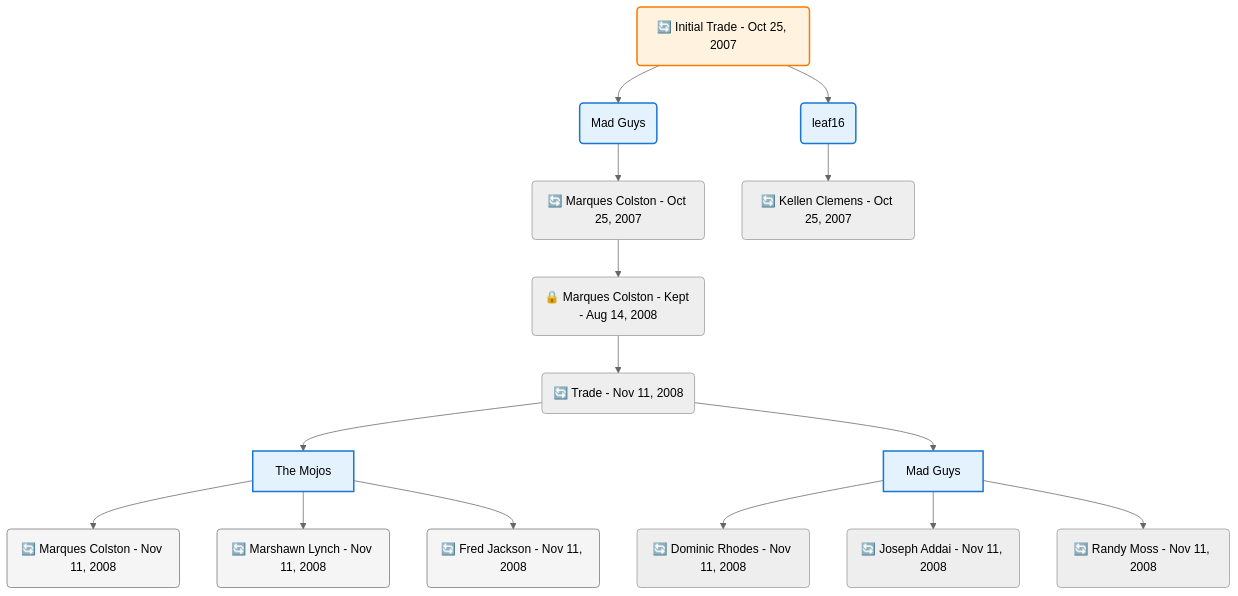
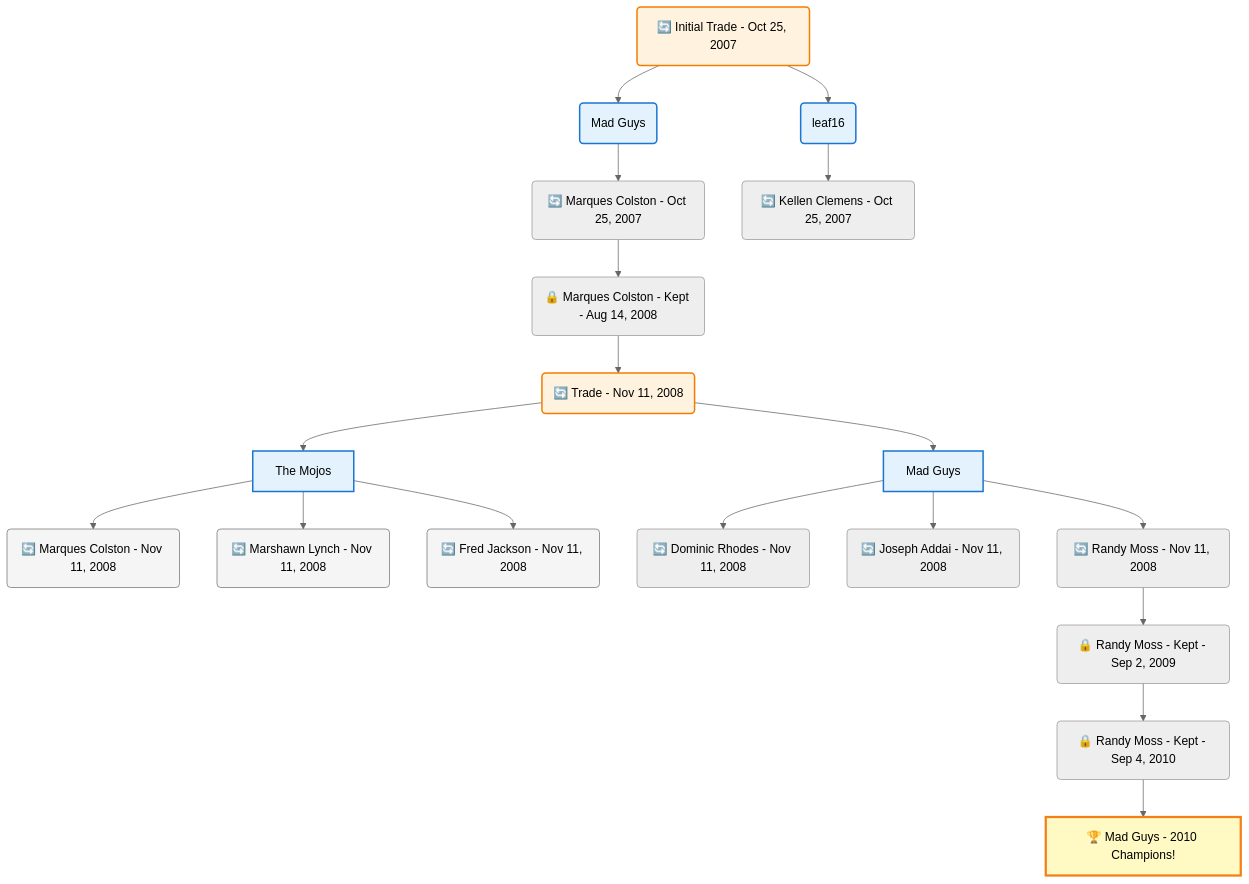
Before and after one commit to bsnooks/FantasyArchive: the diagram in frontend/public/data/trade-trees/mermaid/769bf53f-2361-4906-9d9f-7e46b776a863.mmd, drawn with Mermaid (neutral theme). The commit also changed 181 other files, not shown here.

```diff
--- a/frontend/public/data/trade-trees/mermaid/769bf53f-2361-4906-9d9f-7e46b776a863.mmd
+++ b/frontend/public/data/trade-trees/mermaid/769bf53f-2361-4906-9d9f-7e46b776a863.mmd
@@ -1,45 +1,52 @@
 flowchart TD
 
     TRADE_MAIN("🔄 Initial Trade - Oct 25, 2007")
     TEAM_1("Mad Guys")
     TEAM_2("leaf16")
     NODE_072bafad-ad82-48ec-b6c9-e109477d5b8a("🔄 Marques Colston - Oct 25, 2007")
     NODE_d35f6242-a3bb-4ccf-a69a-da7f46b2da24("🔒 Marques Colston - Kept - Aug 14, 2008")
     TRADE_6798db21-367e-4650-aecc-0e1c95d218c9_3("🔄 Trade - Nov 11, 2008")
     TEAM_bbe2d0ad-54cf-4c22-be82-b2a5f262a157_4["The Mojos"]
     NODE_bae7b97b-9cd3-465f-96e8-dccd9024c915("🔄 Marques Colston - Nov 11, 2008")
     NODE_9f1b91c7-3766-403e-a565-1e431d45c342("🔄 Marshawn Lynch - Nov 11, 2008")
     NODE_0e11436e-f6b8-4944-83b9-a01495af4281("🔄 Fred Jackson - Nov 11, 2008")
     TEAM_f5908944-6efd-40eb-af54-6c53004e0e2f_5["Mad Guys"]
     NODE_b8ffbf1c-7a5f-46fa-a1d3-1191d35db114("🔄 Dominic Rhodes - Nov 11, 2008")
     NODE_ad03f81a-4fb3-4ddd-af19-16136dca43ea("🔄 Joseph Addai - Nov 11, 2008")
     NODE_3fce7705-dd16-41d8-832f-99c179faf58b("🔄 Randy Moss - Nov 11, 2008")
+    NODE_f95d2b46-697f-407c-b0fa-b1da97fdc045("🔒 Randy Moss - Kept - Sep 2, 2009")
+    NODE_5245c67e-9bea-48b6-a31f-d4d43de0ad0b("🔒 Randy Moss - Kept - Sep 4, 2010")
+    CHAMP_f5908944-6efd-40eb-af54-6c53004e0e2f_2010["🏆 Mad Guys - 2010 Champions!"]
     NODE_cab12902-399d-4859-a4ae-fc1259fe9c05("🔄 Kellen Clemens - Oct 25, 2007")
 
     TRADE_MAIN --> TEAM_1
     TRADE_MAIN --> TEAM_2
     TEAM_1 --> NODE_072bafad-ad82-48ec-b6c9-e109477d5b8a
     NODE_072bafad-ad82-48ec-b6c9-e109477d5b8a --> NODE_d35f6242-a3bb-4ccf-a69a-da7f46b2da24
     NODE_d35f6242-a3bb-4ccf-a69a-da7f46b2da24 --> TRADE_6798db21-367e-4650-aecc-0e1c95d218c9_3
     TRADE_6798db21-367e-4650-aecc-0e1c95d218c9_3 --> TEAM_bbe2d0ad-54cf-4c22-be82-b2a5f262a157_4
     TEAM_bbe2d0ad-54cf-4c22-be82-b2a5f262a157_4 --> NODE_bae7b97b-9cd3-465f-96e8-dccd9024c915
     TEAM_bbe2d0ad-54cf-4c22-be82-b2a5f262a157_4 --> NODE_9f1b91c7-3766-403e-a565-1e431d45c342
     TEAM_bbe2d0ad-54cf-4c22-be82-b2a5f262a157_4 --> NODE_0e11436e-f6b8-4944-83b9-a01495af4281
     TRADE_6798db21-367e-4650-aecc-0e1c95d218c9_3 --> TEAM_f5908944-6efd-40eb-af54-6c53004e0e2f_5
     TEAM_f5908944-6efd-40eb-af54-6c53004e0e2f_5 --> NODE_b8ffbf1c-7a5f-46fa-a1d3-1191d35db114
     TEAM_f5908944-6efd-40eb-af54-6c53004e0e2f_5 --> NODE_ad03f81a-4fb3-4ddd-af19-16136dca43ea
     TEAM_f5908944-6efd-40eb-af54-6c53004e0e2f_5 --> NODE_3fce7705-dd16-41d8-832f-99c179faf58b
+    NODE_3fce7705-dd16-41d8-832f-99c179faf58b --> NODE_f95d2b46-697f-407c-b0fa-b1da97fdc045
+    NODE_f95d2b46-697f-407c-b0fa-b1da97fdc045 --> NODE_5245c67e-9bea-48b6-a31f-d4d43de0ad0b
+    NODE_5245c67e-9bea-48b6-a31f-d4d43de0ad0b --> CHAMP_f5908944-6efd-40eb-af54-6c53004e0e2f_2010
     TEAM_2 --> NODE_cab12902-399d-4859-a4ae-fc1259fe9c05
 
     %% Node styling
     classDef teamNode fill:#e3f2fd,stroke:#1976d2,stroke-width:2px
     classDef tradeNode fill:#fff3e0,stroke:#f57c00,stroke-width:2px
     classDef playerNode fill:#f3e5f5,stroke:#7b1fa2,stroke-width:1px
     classDef nonRootPlayerNode fill:#f5f5f5,stroke:#757575,stroke-width:1px
     classDef endNode fill:#ffebee,stroke:#c62828,stroke-width:2px
     classDef waiverNode fill:#e8f5e8,stroke:#388e3c,stroke-width:2px
     classDef championshipNode fill:#fff9c4,stroke:#f57f17,stroke-width:3px
 
     class TEAM_1,TEAM_2,TEAM_bbe2d0ad-54cf-4c22-be82-b2a5f262a157_4,TEAM_f5908944-6efd-40eb-af54-6c53004e0e2f_5 teamNode
+    class CHAMP_f5908944-6efd-40eb-af54-6c53004e0e2f_2010 championshipNode
     class NODE_bae7b97b-9cd3-465f-96e8-dccd9024c915,NODE_9f1b91c7-3766-403e-a565-1e431d45c342,NODE_0e11436e-f6b8-4944-83b9-a01495af4281 nonRootPlayerNode
-    class TRADE_MAIN tradeNode
+    class TRADE_MAIN,TRADE_6798db21-367e-4650-aecc-0e1c95d218c9_3 tradeNode
```
